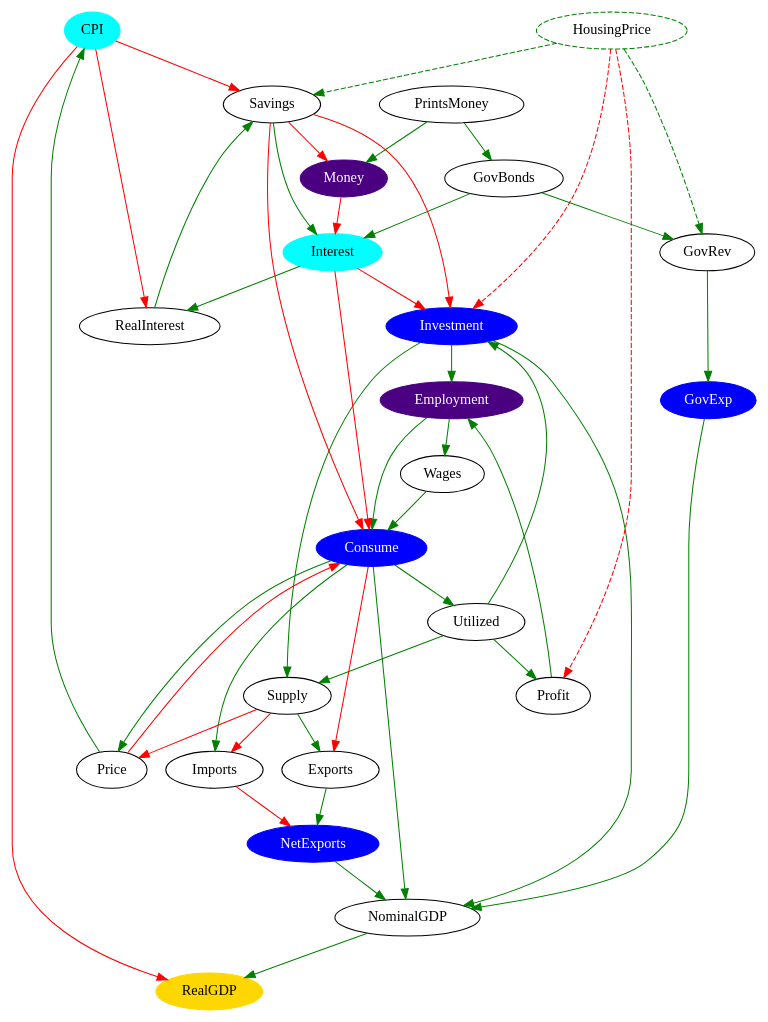
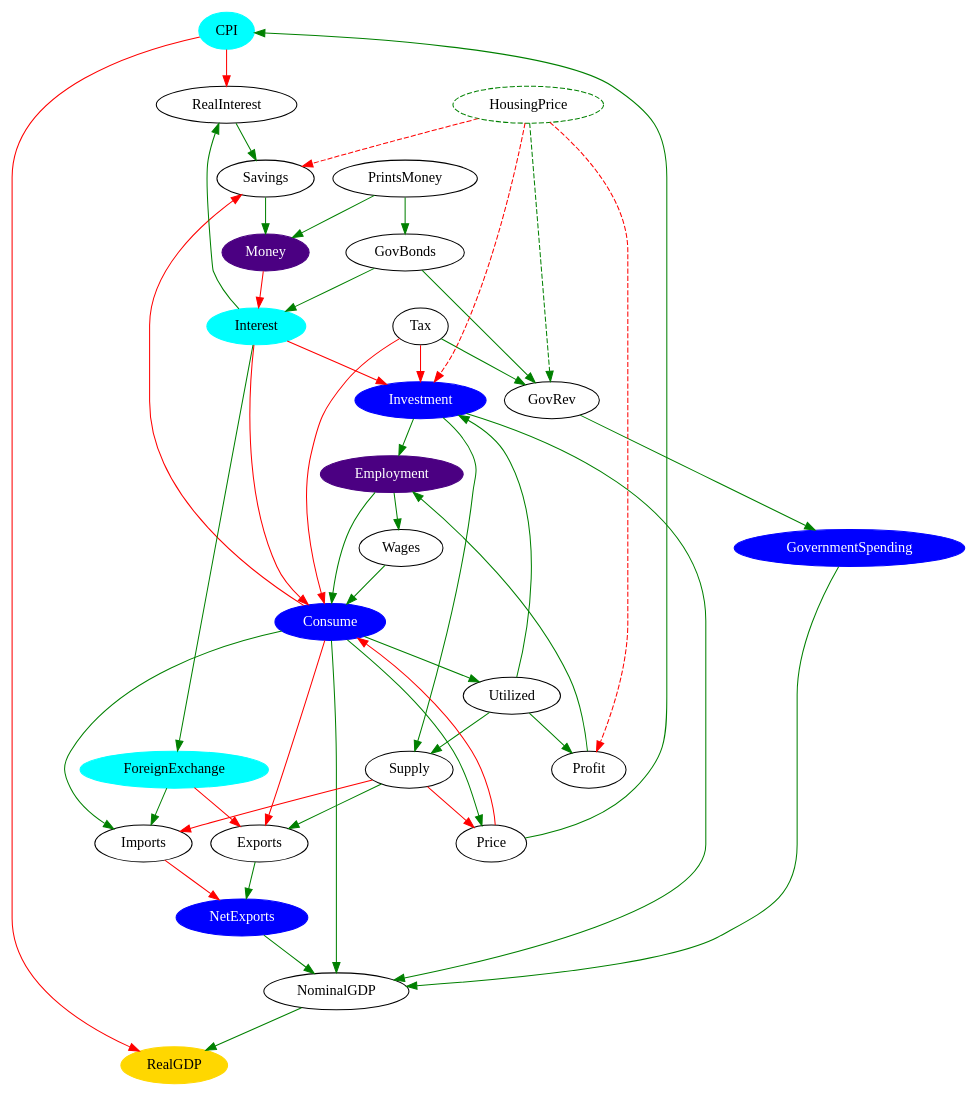
The diagram in ecomap.dot (AdonRain/ecomap), drawn with Graphviz before and after one commit. The commit also changed 1 other file, not shown here.

```diff
--- a/ecomap.dot
+++ b/ecomap.dot
@@ -1,77 +1,82 @@
 digraph ecomap{
   edge[color="green"];
 
   RealGDP[style="filled", color="gold"];
 
   Investment[style="filled", color="blue", fontcolor="white"];
   Consume[style="filled", color="blue", fontcolor="white"];
-  GovExp[style="filled", color="blue", fontcolor="white"];
+  GovernmentSpending[style="filled", color="blue", fontcolor="white"];
   NetExports[style="filled", color="blue", fontcolor="white"];
 
   Employment[style="filled", color="indigo", fontcolor="white"];
   Money[style="filled", color="indigo", fontcolor="white"];
 
   CPI[style="filled", color="cyan"];
   Interest[style="filled", color="cyan"];
+  ForeignExchange[style="filled", color="cyan"];
 
   Investment->NominalGDP;
   Consume->NominalGDP;
-  GovExp->NominalGDP;
+  GovernmentSpending->NominalGDP;
   NetExports->NominalGDP;
 
+  ForeignExchange->Imports;
+  ForeignExchange->Exports[color="red"];
+
   CPI->RealGDP[color="red"];
-  CPI->Savings[color="red"];
   CPI->RealInterest[color="red"];
 
   Interest->RealInterest;
+  Interest->ForeignExchange;
   Interest->Investment[color="red"];
   Interest->Consume[color="red"];
 
   Employment->Wages;
   Employment->Consume;
 
   Investment->Employment;
   Investment->Supply;
 
   Consume->Utilized;
   Consume->Price;
   Consume->Imports;
   Consume->Exports[color="red"];
+  Consume->Savings[color="red"];
 
   Utilized->Investment;
   Utilized->Profit;
   Utilized->Supply;
 
   Price->CPI;
   Price->Consume[color="red"];
 
   Supply->Exports;
   Supply->Imports[color="red"];
   Supply->Price[color="red"];
 
-  Savings->Interest;
-  Savings->Money[color="red"];
-  Savings->Investment[color="red"];
-  Savings->Consume[color="red"];
-
   PrintsMoney->Money;
   PrintsMoney->GovBonds;
 
   GovBonds->GovRev;
   GovBonds->Interest;
 
-  GovRev->GovExp;
+  Tax->GovRev;
+  Tax->Consume[color="red"];
+  Tax->Investment[color="red"];
+
   Wages->Consume;
+  Savings->Money;
   Profit->Employment;
   NominalGDP->RealGDP;
   Exports->NetExports;
   RealInterest->Savings;
+  GovRev->GovernmentSpending;
+  Money->Interest[color="red"];
   Imports->NetExports[color="red"];
-  Money->Interest[color="red"];
 
   HousingPrice[style="dashed", color="green"];
   HousingPrice->Investment[style="dashed", color="red"];
   HousingPrice->Profit[style="dashed", color="red"];
-  HousingPrice->Savings[style="dashed"];
+  HousingPrice->Savings[style="dashed", color="red"];
   HousingPrice->GovRev[style="dashed"];
 }
```
